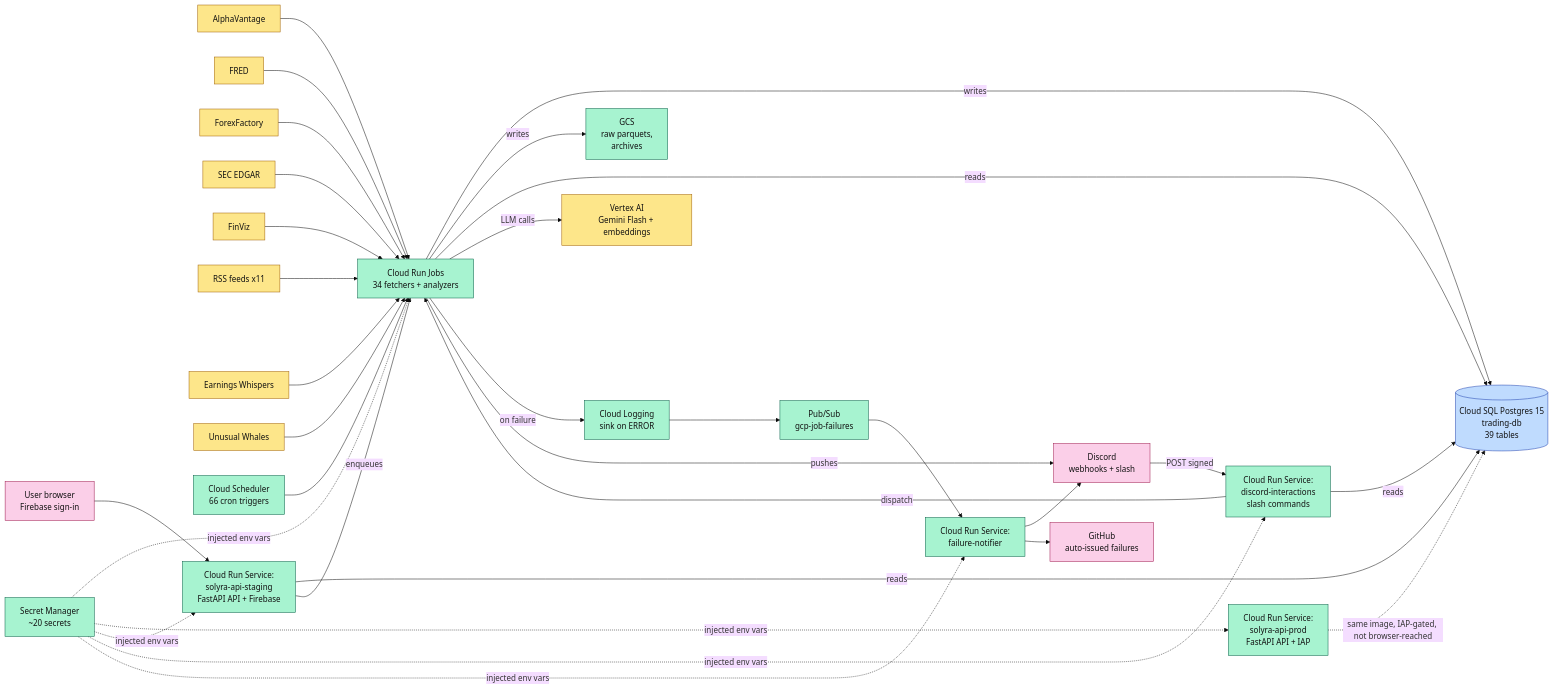
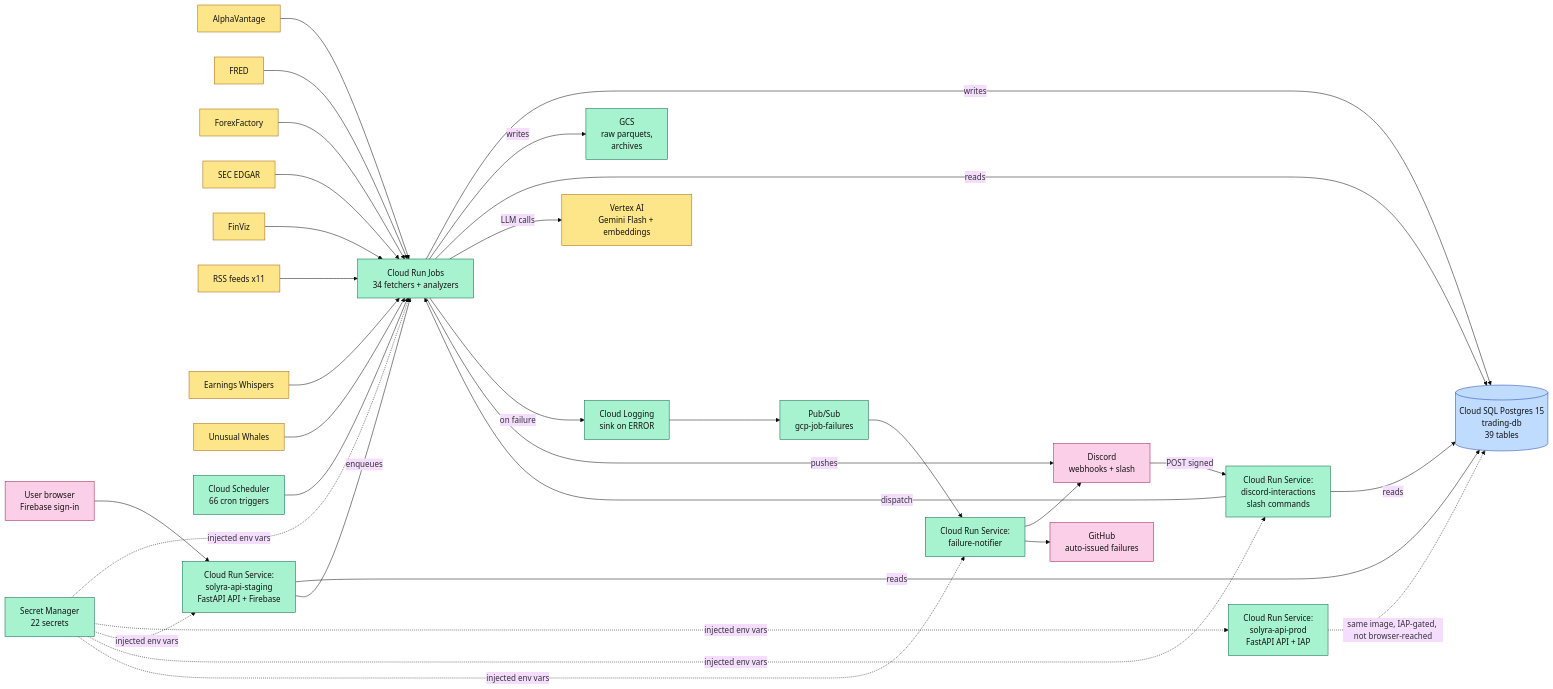
The first of 9 diagrams in docs/GCP_ARCHITECTURE.md (TeneikaAskew/stocks), drawn with Mermaid (base theme) before and after one commit. The commit also changed other lines of this file and 6 other files, not shown here.

````diff
--- a/docs/GCP_ARCHITECTURE.md
+++ b/docs/GCP_ARCHITECTURE.md
@@ -52,58 +52,58 @@
 ```mermaid
 flowchart LR
     classDef ext fill:#fde68a,stroke:#a16207,color:#111
     classDef gcp fill:#a7f3d0,stroke:#065f46,color:#111
     classDef db  fill:#bfdbfe,stroke:#1e40af,color:#111
     classDef out fill:#fbcfe8,stroke:#9d174d,color:#111
 
     AV[AlphaVantage]:::ext
     FRED[FRED]:::ext
     FF[ForexFactory]:::ext
     EDGAR[SEC EDGAR]:::ext
     FV[FinViz]:::ext
     RSS[RSS feeds x11]:::ext
     EW[Earnings Whispers]:::ext
     UW[Unusual Whales]:::ext
 
     SCH[Cloud Scheduler<br/>66 cron triggers]:::gcp
     JOBS[Cloud Run Jobs<br/>34 fetchers + analyzers]:::gcp
     SVC1[Cloud Run Service:<br/>solyra-api-prod<br/>FastAPI API + IAP]:::gcp
     SVC1S[Cloud Run Service:<br/>solyra-api-staging<br/>FastAPI API + Firebase]:::gcp
     SVC2[Cloud Run Service:<br/>discord-interactions<br/>slash commands]:::gcp
     SVC3[Cloud Run Service:<br/>failure-notifier]:::gcp
     GCS[GCS<br/>raw parquets,<br/>archives]:::gcp
     SQL[(Cloud SQL Postgres 15<br/>trading-db<br/>39 tables)]:::db
-    SECR[Secret Manager<br/>~20 secrets]:::gcp
+    SECR[Secret Manager<br/>22 secrets]:::gcp
     PS[Pub/Sub<br/>gcp-job-failures]:::gcp
     LG[Cloud Logging<br/>sink on ERROR]:::gcp
     VAI[Vertex AI<br/>Gemini Flash + embeddings]:::ext
 
     DSC[Discord<br/>webhooks + slash]:::out
     GH[GitHub<br/>auto-issued failures]:::out
     USR[User browser<br/>Firebase sign-in]:::out
 
     AV & FRED & FF & EDGAR & FV & RSS & EW & UW --> JOBS
     SCH --> JOBS
     JOBS -- writes --> SQL
     JOBS -- writes --> GCS
     JOBS -- reads --> SQL
     JOBS -- LLM calls --> VAI
 
     USR --> SVC1S
     SVC1S -- reads --> SQL
     SVC1S -- enqueues --> JOBS
     SVC1 -. same image, IAP-gated, not browser-reached .-> SQL
 
     DSC -- POST signed --> SVC2
     SVC2 -- dispatch --> JOBS
     SVC2 -- reads --> SQL
 
     JOBS -- on failure --> LG
     LG --> PS
     PS --> SVC3
     SVC3 --> DSC
     SVC3 --> GH
 
     JOBS -- pushes --> DSC
     SECR -. injected env vars .-> JOBS & SVC1 & SVC1S & SVC2 & SVC3
 ```
````
